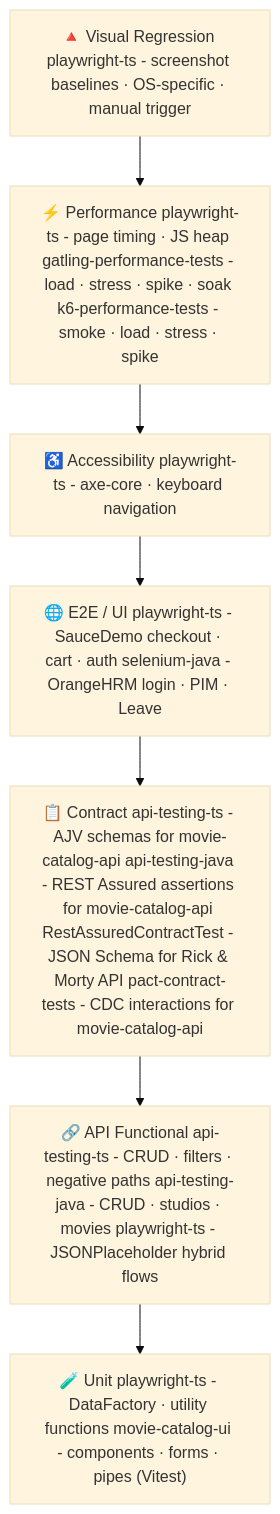
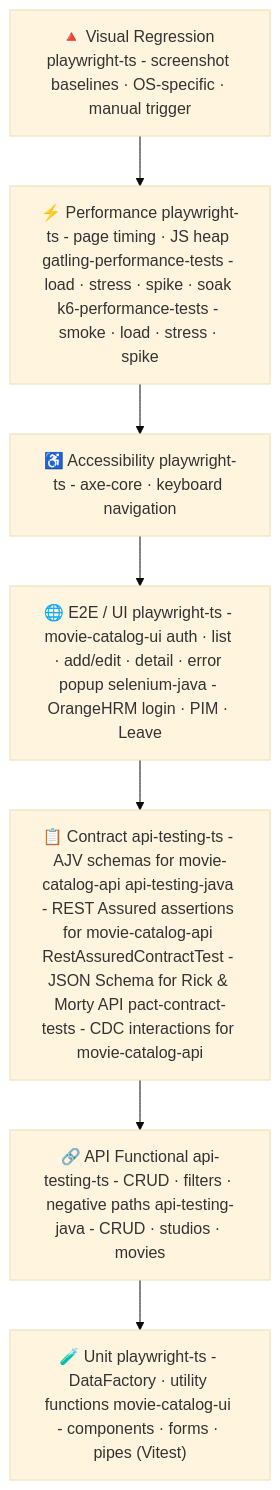
One commit to EnesAkyel/test-strategy changed the diagram in README.md. Above: the diagram before and after it, drawn with Mermaid (base theme). The commit also changed other lines of this file and 9 other files, not shown here.

First line of the commit message:
Sync docs with playwright-ts's move to movie-catalog-ui and other accuracy fixes

````diff
--- a/README.md
+++ b/README.md
@@ -35,12 +35,12 @@
 ```mermaid
 flowchart TD
     V["🔺 Visual Regression playwright-ts - screenshot baselines · OS-specific · manual trigger"]
     P["⚡ Performance playwright-ts - page timing · JS heap gatling-performance-tests - load · stress · spike · soak k6-performance-tests - smoke · load · stress · spike"]
     A["♿ Accessibility playwright-ts - axe-core · keyboard navigation"]
-    E["🌐 E2E / UI playwright-ts - SauceDemo checkout · cart · auth selenium-java - OrangeHRM login · PIM · Leave"]
+    E["🌐 E2E / UI playwright-ts - movie-catalog-ui auth · list · add/edit · detail · error popup selenium-java - OrangeHRM login · PIM · Leave"]
     C["📋 Contract api-testing-ts - AJV schemas for movie-catalog-api api-testing-java - REST Assured assertions for movie-catalog-api RestAssuredContractTest - JSON Schema for Rick & Morty API pact-contract-tests - CDC interactions for movie-catalog-api"]
-    F["🔗 API Functional api-testing-ts - CRUD · filters · negative paths api-testing-java - CRUD · studios · movies playwright-ts - JSONPlaceholder hybrid flows"]
+    F["🔗 API Functional api-testing-ts - CRUD · filters · negative paths api-testing-java - CRUD · studios · movies"]
     U["🧪 Unit playwright-ts - DataFactory · utility functions movie-catalog-ui - components · forms · pipes (Vitest)"]
 
     V --> P --> A --> E --> C --> F --> U
 ```
````
